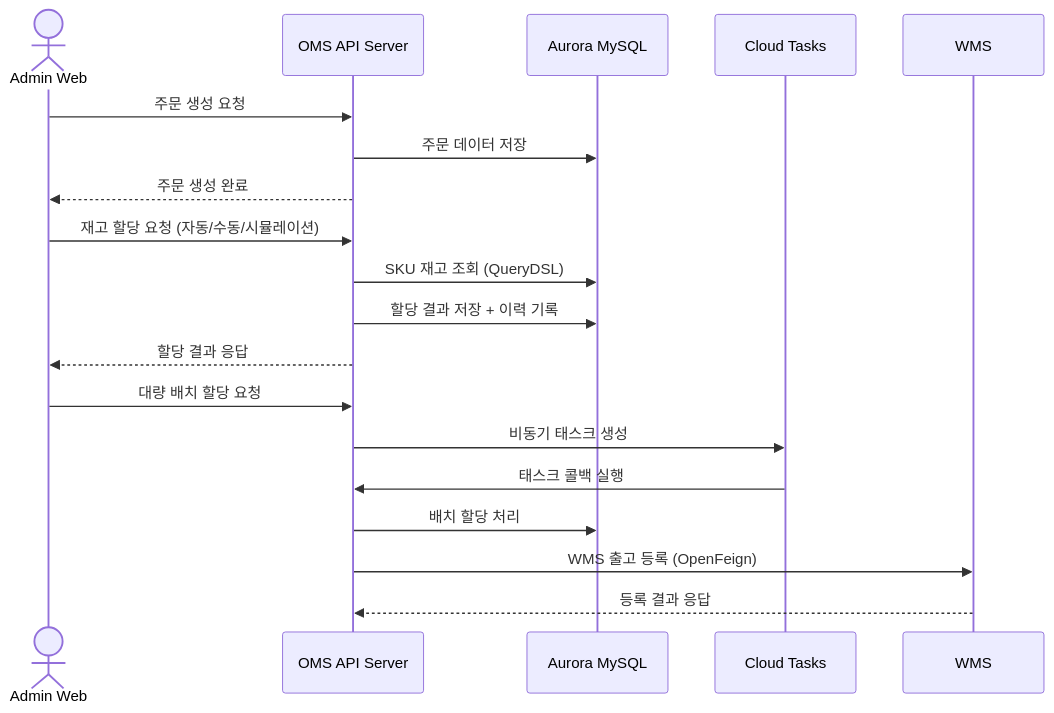
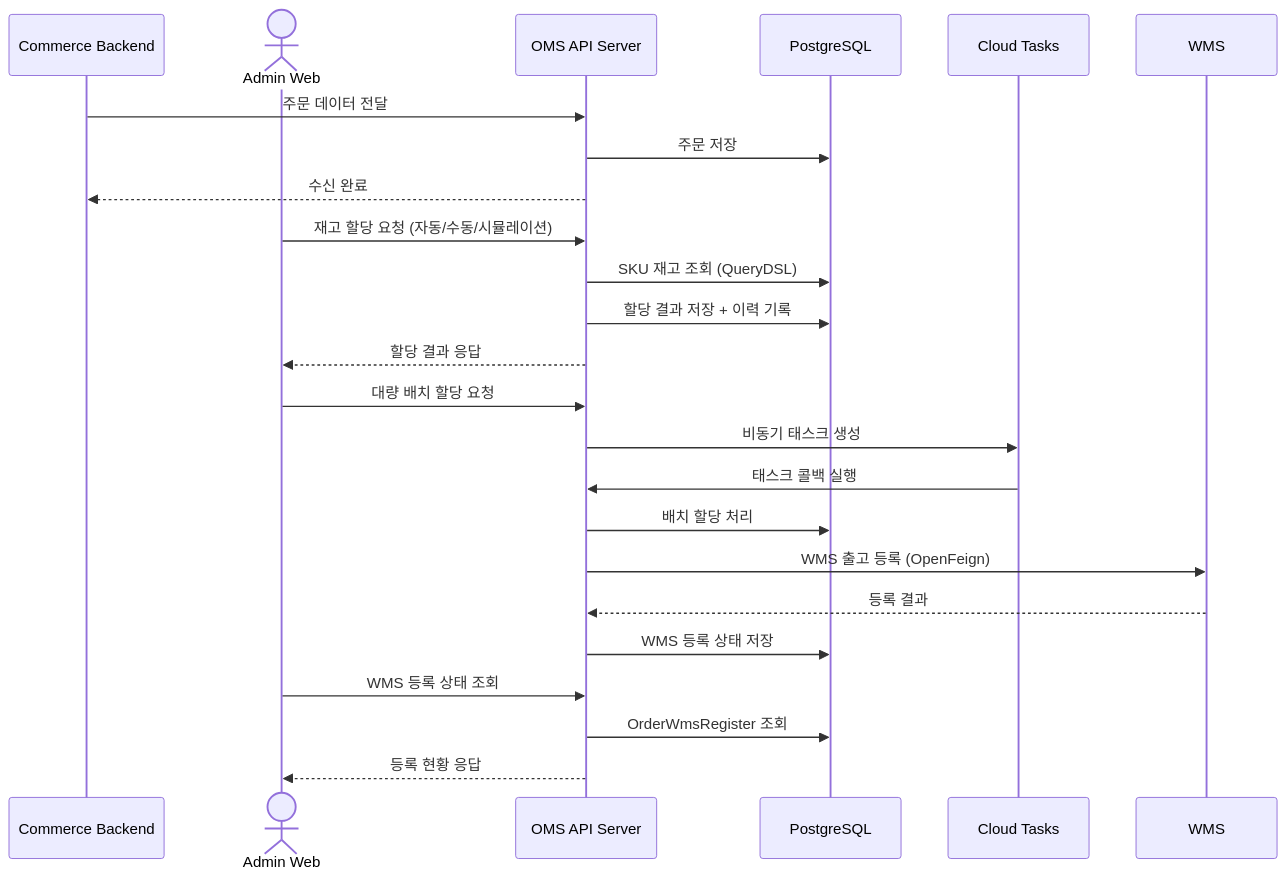
One commit to geunwoobaek/resume changed the first of 6 diagrams in detail/메이크스타_상세.md. Above: the diagram before and after it, drawn with Mermaid. The commit also changed other lines of this file and 1 other file, not shown here.

First line of the commit message:
Fix OMS details: PostgreSQL, single WMS, commerce-initiated orders

````diff
--- a/detail/메이크스타_상세.md
+++ b/detail/메이크스타_상세.md
@@ -186,24 +198,31 @@
 ```mermaid
 sequenceDiagram
+    participant Commerce as Commerce Backend
     actor Admin as Admin Web
     participant OMS as OMS API Server
-    participant DB as Aurora MySQL
+    participant DB as PostgreSQL
     participant CT as Cloud Tasks
     participant WMS as WMS
 
-    Admin->>OMS: 주문 생성 요청
-    OMS->>DB: 주문 데이터 저장
-    OMS-->>Admin: 주문 생성 완료
+    Commerce->>OMS: 주문 데이터 전달
+    OMS->>DB: 주문 저장
+    OMS-->>Commerce: 수신 완료
 
     Admin->>OMS: 재고 할당 요청 (자동/수동/시뮬레이션)
     OMS->>DB: SKU 재고 조회 (QueryDSL)
     OMS->>DB: 할당 결과 저장 + 이력 기록
     OMS-->>Admin: 할당 결과 응답
 
     Admin->>OMS: 대량 배치 할당 요청
     OMS->>CT: 비동기 태스크 생성
     CT->>OMS: 태스크 콜백 실행
     OMS->>DB: 배치 할당 처리
+
     OMS->>WMS: WMS 출고 등록 (OpenFeign)
-    WMS-->>OMS: 등록 결과 응답
+    WMS-->>OMS: 등록 결과
+    OMS->>DB: WMS 등록 상태 저장
+
+    Admin->>OMS: WMS 등록 상태 조회
+    OMS->>DB: OrderWmsRegister 조회
+    OMS-->>Admin: 등록 현황 응답
 ```
````
